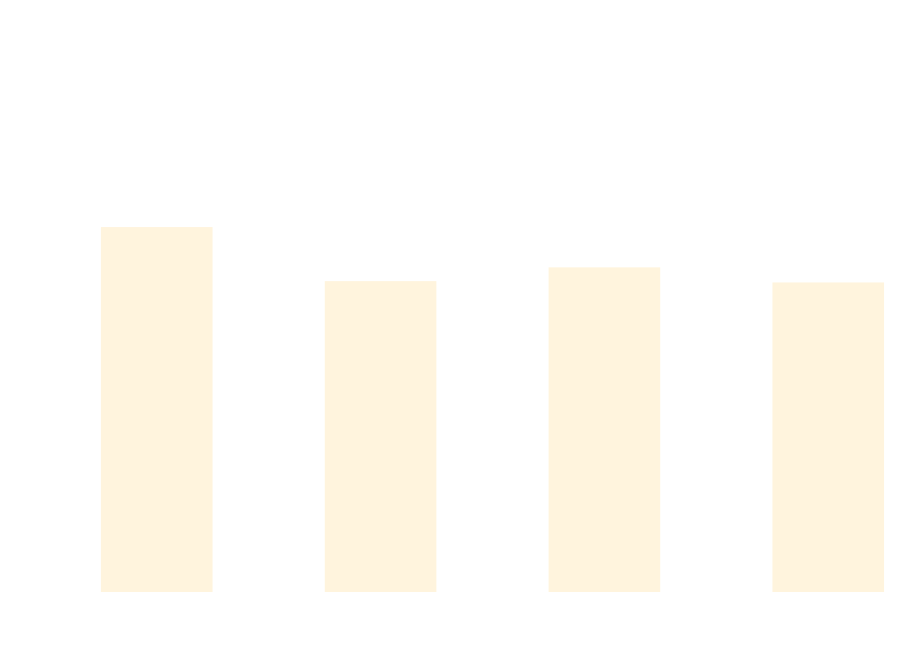
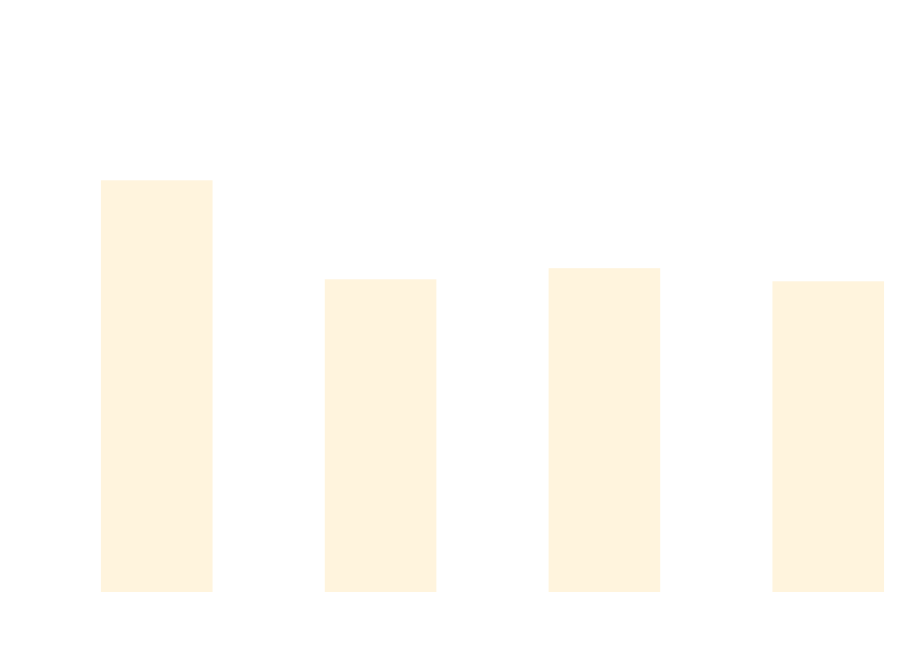
The diagram in docs/docs/benchmarks/BuildTime.md (thomhurst/TUnit), drawn with Mermaid before and after one commit. The commit also changed other lines of this file and 17 other files, not shown here.

````diff
--- a/docs/docs/benchmarks/BuildTime.md
+++ b/docs/docs/benchmarks/BuildTime.md
@@ -28,37 +28,37 @@
 ```mermaid
 %%{init: {
   'theme':'base',
   'themeVariables': {
     'primaryColor': '#2563eb',
     'primaryTextColor': '#ffffff',
     'primaryBorderColor': '#1e40af',
     'lineColor': '#6b7280',
     'secondaryColor': '#7c3aed',
     'tertiaryColor': '#dc2626',
     'background': '#ffffff',
     'mainBkg': '#2563eb',
     'secondBkg': '#7c3aed',
     'tertiaryBkg': '#dc2626',
     'clusterBkg': '#f3f4f6',
     'edgeLabelBackground': '#ffffff',
     'tertiaryTextColor': '#1f2937',
     'pie1': '#2563eb',
     'pie2': '#7c3aed',
     'pie3': '#dc2626',
     'pie4': '#f59e0b',
     'pie5': '#10b981',
     'pie6': '#06b6d4',
     'pie7': '#ec4899',
     'pie8': '#6366f1',
     'pie9': '#84cc16',
     'pie10': '#f97316',
     'pie11': '#14b8a6',
     'pie12': '#a855f7'
   }
 }}%%
 xychart-beta
   title "Build Time Comparison"
   x-axis ["Build_TUnit", "Build_NUnit", "Build_MSTest", "Build_xUnit3"]
   y-axis "Time (s)" 0 --> 3
-  bar [2.129, 1.803, 1.886, 1.795]
+  bar [2.411, 1.814, 1.881, 1.802]
 ```
````
